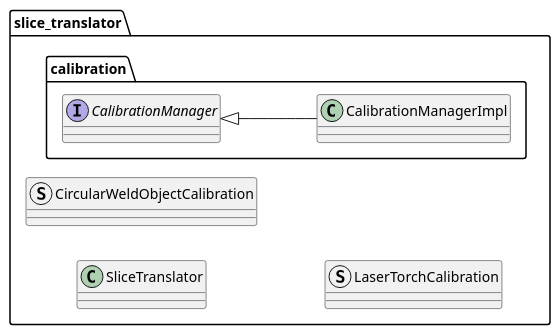
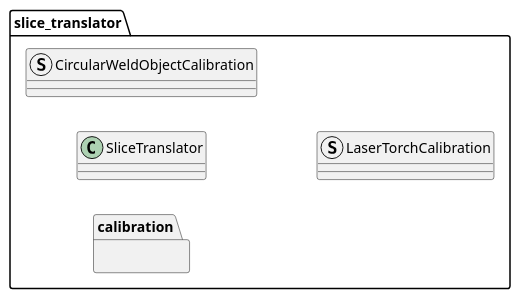
The diagram in src/main/slice_translator/DOCS.md (usrk04134-droid/adaptio-main), drawn with PlantUML before and after one commit. The commit also changed 35 other files, not shown here.

Commit message:
Remove legacy calibration manager and related components

````diff
--- a/src/main/slice_translator/DOCS.md
+++ b/src/main/slice_translator/DOCS.md
@@ -3,16 +3,13 @@
 ```plantuml
 left to right direction
 
 package slice_translator {
   package calibration {
-    interface "CalibrationManager" as calibration::CalibrationManager
-    class "CalibrationManagerImpl" as calibration::CalibrationManagerImpl
-
-    calibration::CalibrationManager <|-- calibration::CalibrationManagerImpl
+    ' legacy CalibrationManager removed
   }
 
   class "SliceTranslator" as slice_translator::SliceTranslator
   struct "CircularWeldObjectCalibration" as calibration::WeldObjectCalibration
   struct "LaserTorchCalibration" as calibration::LaserTorchCalibration
 }
 ```
````
